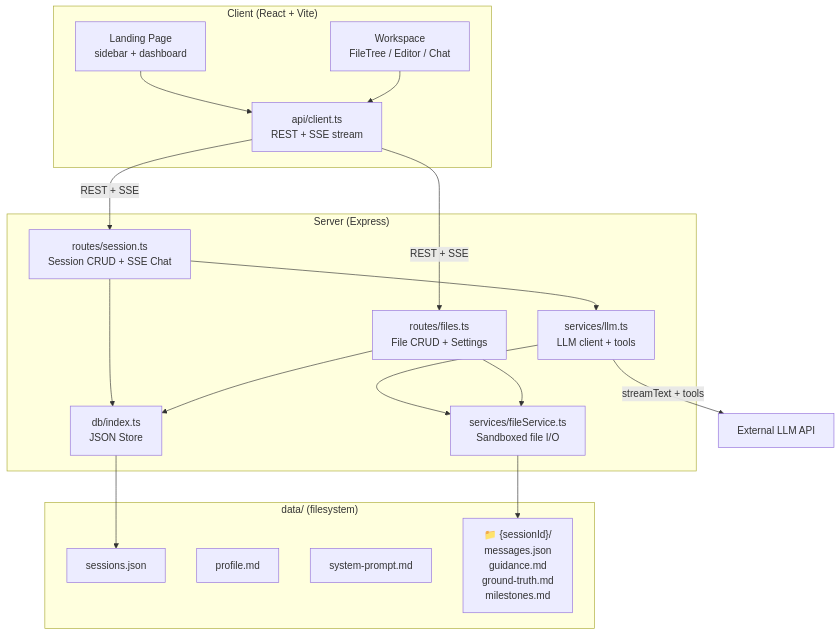
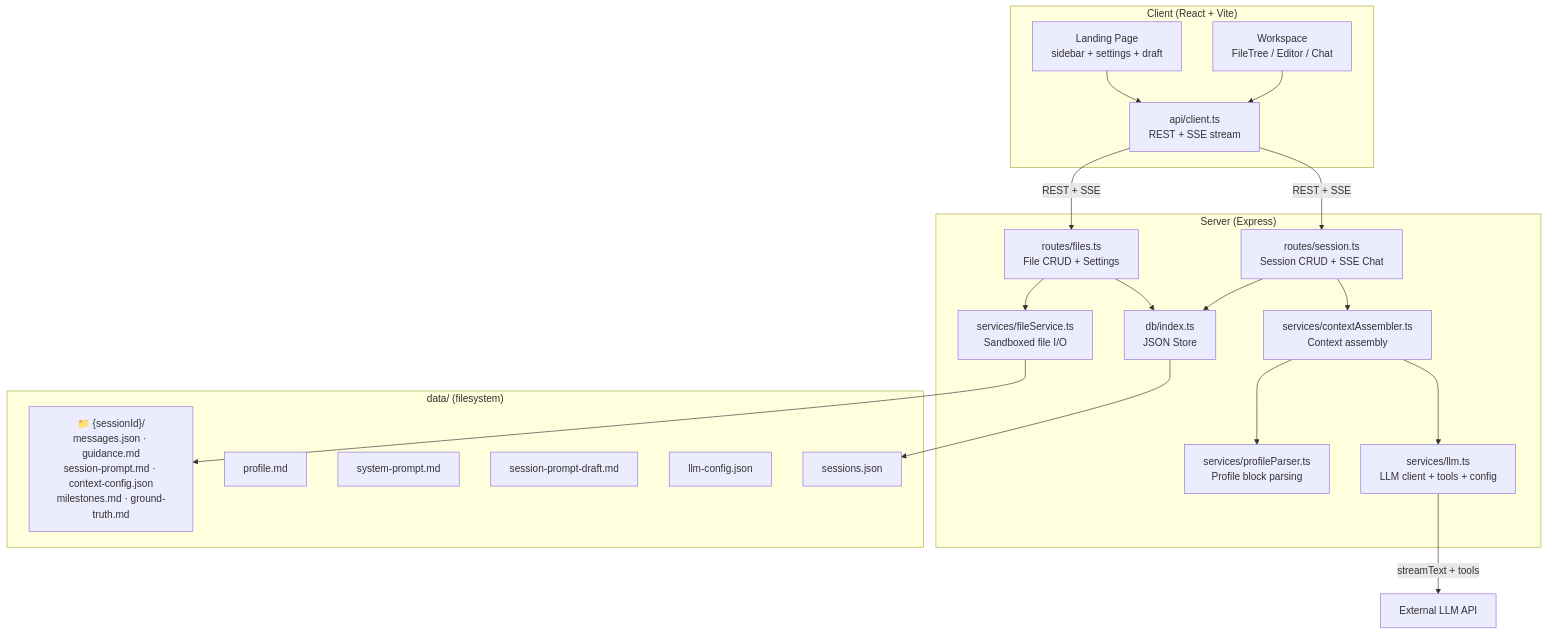
Before and after one commit to albert-zen/AgentTeacher-Tutor: the first of 4 diagrams in ARCHITECTURE.md, drawn with Mermaid. The commit also changed other lines of this file and 1 other file, not shown here.

Commit message:
docs: delete TEST_SPEC.md, update ARCHITECTURE.md to reflect current state

````diff
--- a/ARCHITECTURE.md
+++ b/ARCHITECTURE.md
@@ -21,31 +22,36 @@
 ```mermaid
 graph TB
     subgraph Client ["Client (React + Vite)"]
-        LP[Landing Page<br/>sidebar + dashboard]
+        LP[Landing Page<br/>sidebar + settings + draft]
         WS[Workspace<br/>FileTree / Editor / Chat]
         API[api/client.ts<br/>REST + SSE stream]
     end
 
     subgraph Server ["Server (Express)"]
         SR[routes/session.ts<br/>Session CRUD + SSE Chat]
         FR[routes/files.ts<br/>File CRUD + Settings]
-        LLM[services/llm.ts<br/>LLM client + tools]
+        CA[services/contextAssembler.ts<br/>Context assembly]
+        LLM[services/llm.ts<br/>LLM client + tools + config]
+        PP[services/profileParser.ts<br/>Profile block parsing]
         FS[services/fileService.ts<br/>Sandboxed file I/O]
         ST[db/index.ts<br/>JSON Store]
     end
 
     subgraph Data ["data/ (filesystem)"]
         SJ[sessions.json]
         PM[profile.md]
         SP[system-prompt.md]
-        SD["📁 {sessionId}/<br/>messages.json<br/>guidance.md<br/>ground-truth.md<br/>milestones.md"]
+        SPD[session-prompt-draft.md]
+        LC[llm-config.json]
+        SD["📁 {sessionId}/<br/>messages.json · guidance.md<br/>session-prompt.md · context-config.json<br/>milestones.md · ground-truth.md"]
     end
 
     LP & WS --> API
     API -- "REST + SSE" --> SR & FR
-    SR --> LLM --> FS
+    SR --> CA --> LLM
+    CA --> PP
     SR & FR --> ST --> SJ
     FR --> FS
     FS --> SD
     LLM -- "streamText + tools" --> EXT["External LLM API"]
 ```
````
